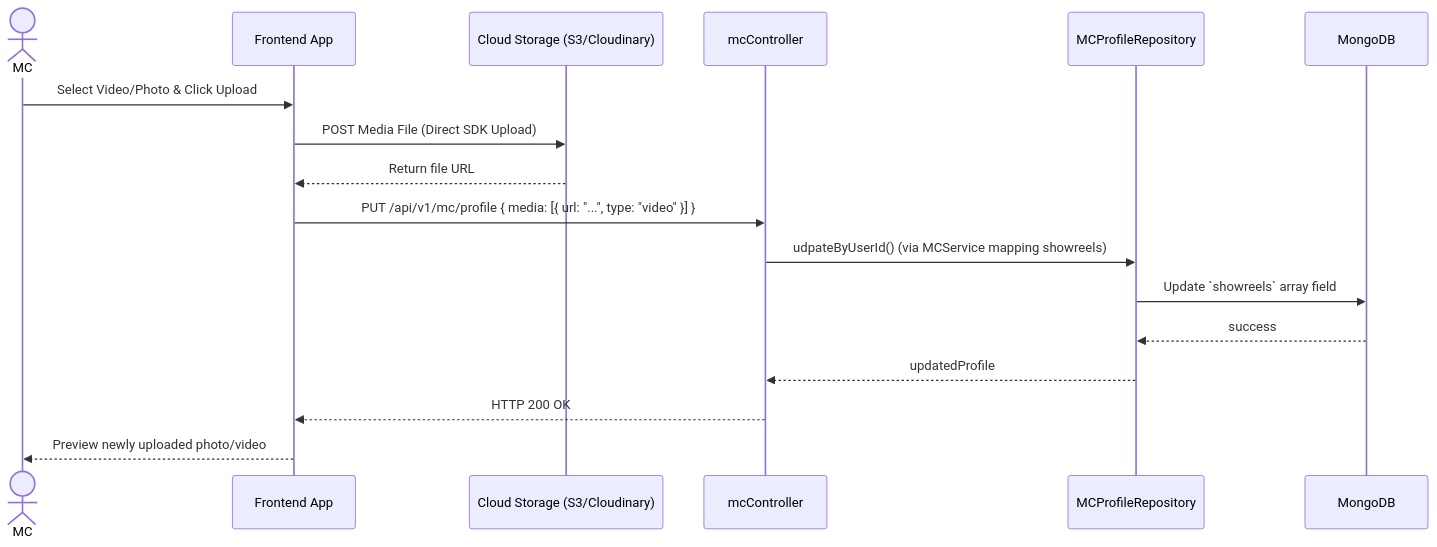
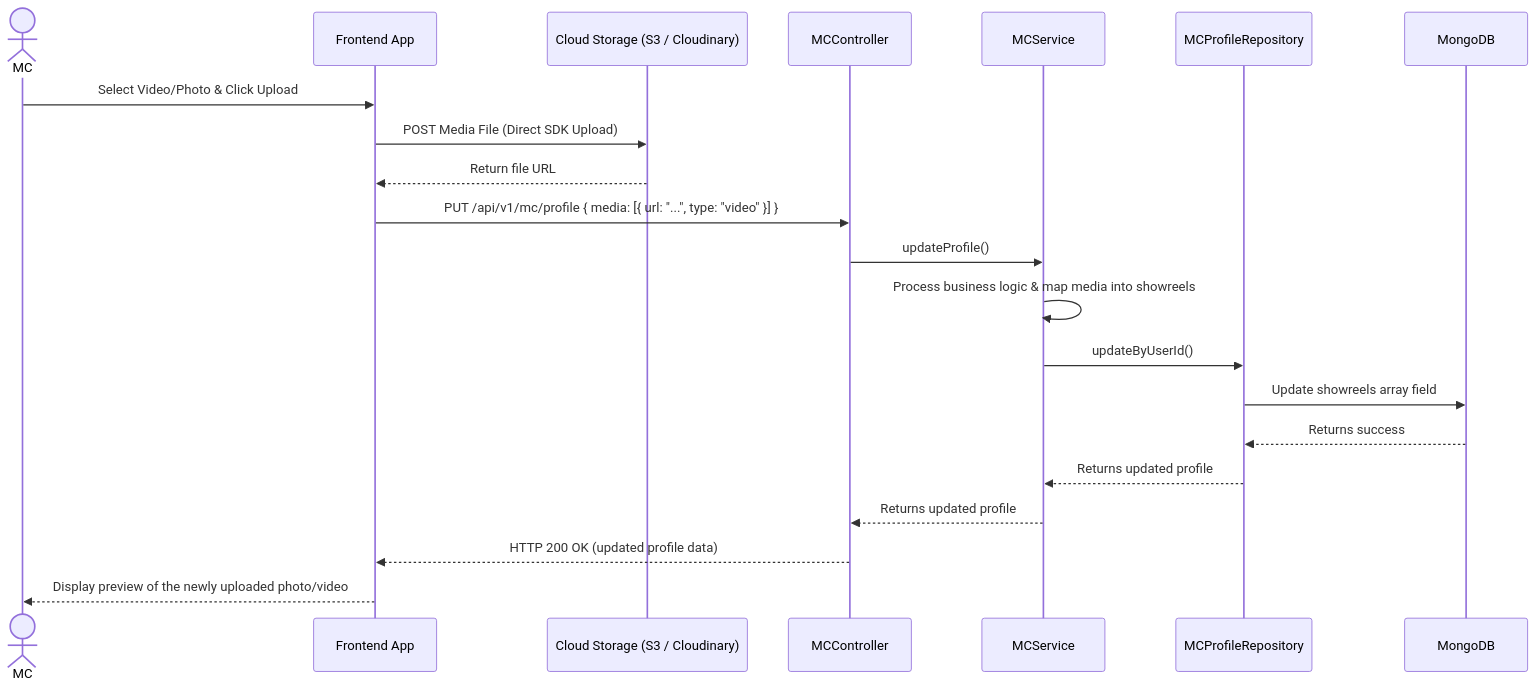
One commit to dat-21/SWD392 changed the sixth of 36 diagrams in UC_Backend_Design_Details.md. Above: the diagram before and after it, drawn with Mermaid.

Commit message:
feat: Introduce MCService into the media upload sequence diagram to encapsulate business logic and media mapping.

````diff
--- a/UC_Backend_Design_Details.md
+++ b/UC_Backend_Design_Details.md
@@ -131,20 +131,24 @@
 ```mermaid
 sequenceDiagram
     actor MC
     participant FE as Frontend App
-    participant Cloud as Cloud Storage (S3/Cloudinary)
-    participant Ctrl as mcController
+    participant Cloud as Cloud Storage (S3 / Cloudinary)
+    participant Ctrl as MCController
+    participant Svc as MCService
     participant Repo as MCProfileRepository
     participant DB as MongoDB
 
     MC->>FE: Select Video/Photo & Click Upload
     FE->>Cloud: POST Media File (Direct SDK Upload)
     Cloud-->>FE: Return file URL
     FE->>Ctrl: PUT /api/v1/mc/profile { media: [{ url: "...", type: "video" }] }
-    Ctrl->>Repo: udpateByUserId() (via MCService mapping showreels)
-    Repo->>DB: Update `showreels` array field
-    DB-->>Repo: success
-    Repo-->>Ctrl: updatedProfile
-    Ctrl-->>FE: HTTP 200 OK
-    FE-->>MC: Preview newly uploaded photo/video
+    Ctrl->>Svc: updateProfile()
+    Svc->>Svc: Process business logic & map media into showreels
+    Svc->>Repo: updateByUserId()
+    Repo->>DB: Update showreels array field
+    DB-->>Repo: Returns success
+    Repo-->>Svc: Returns updated profile
+    Svc-->>Ctrl: Returns updated profile
+    Ctrl-->>FE: HTTP 200 OK (updated profile data)
+    FE-->>MC: Display preview of the newly uploaded photo/video
 ```
````
